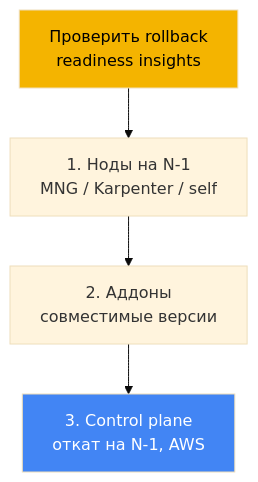
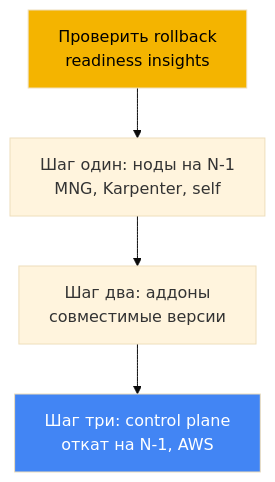
The second of 3 diagrams in tasks/eks/course/39/ru.md (ViktorUJ/cks), drawn with Mermaid (base theme) before and after one commit. The commit also changed other lines of this file and 52 other files, not shown here.

````diff
--- a/tasks/eks/course/39/ru.md
+++ b/tasks/eks/course/39/ru.md
@@ -147,13 +147,9 @@
 ```mermaid
 flowchart TB
-    ins["Проверить rollback<br>readiness insights"]
-    nodes["1. Ноды на N-1<br>MNG / Karpenter / self"]
-    add["2. Аддоны<br>совместимые версии"]
-    cp["3. Control plane<br>откат на N-1, AWS"]
-    ins --> nodes
-    nodes --> add
-    cp
-    add --> cp
+    ins["Проверить rollback<br/>readiness insights"]
+    ins --> nodes["Шаг один: ноды на N-1<br/>MNG, Karpenter, self"]
+    nodes --> add["Шаг два: аддоны<br/>совместимые версии"]
+    add --> cp["Шаг три: control plane<br/>откат на N-1, AWS"]
     style cp fill:#4285f4,color:#fff
     style ins fill:#f4b400,color:#000
 ```
````
